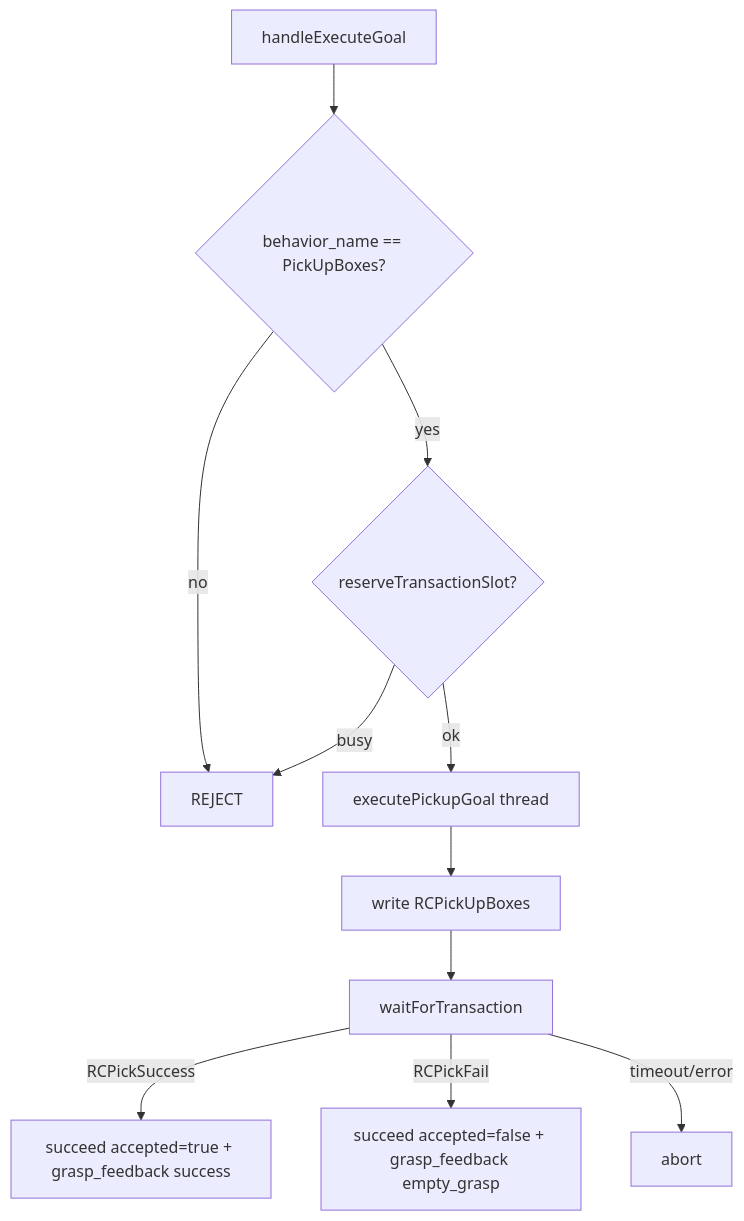
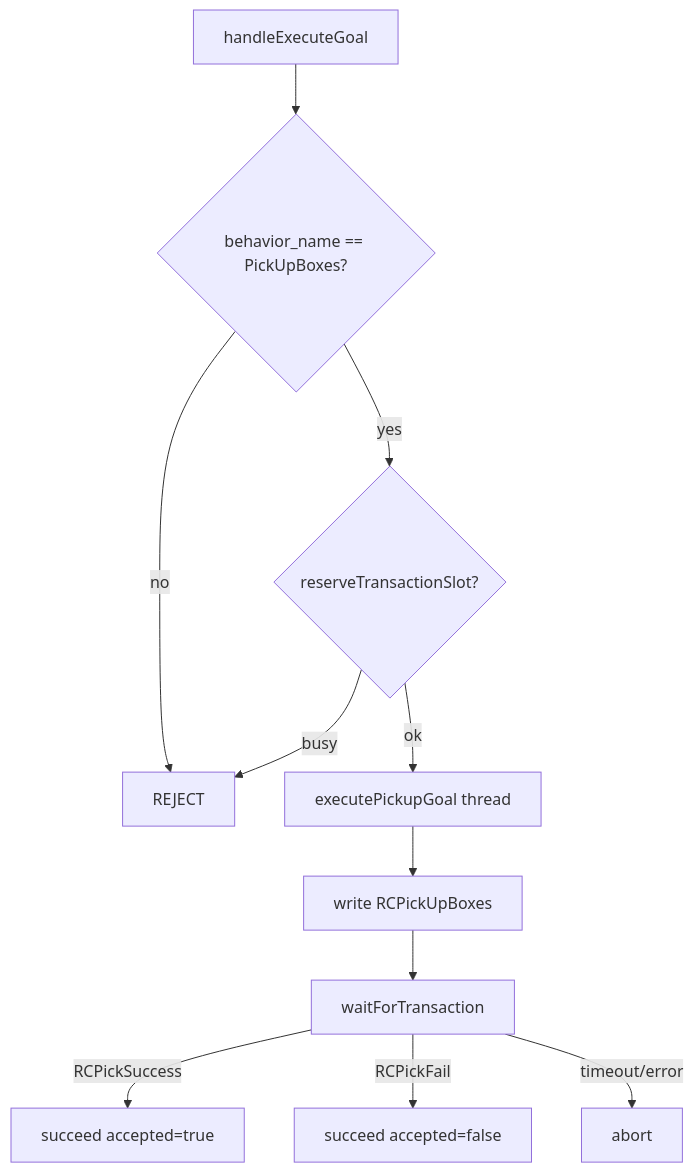
Before and after one commit to Phoenix-064/Dog: the third of 5 diagrams in docs/dog-serial-bridge-ai-reference.md, drawn with Mermaid. The commit also changed other lines of this file and 44 other files, not shown here.

````diff
--- a/docs/dog-serial-bridge-ai-reference.md
+++ b/docs/dog-serial-bridge-ai-reference.md
@@ -406,13 +393,13 @@
 ```mermaid
 flowchart TD
   A[handleExecuteGoal] --> B{behavior_name == PickUpBoxes?}
   B -->|no| C[REJECT]
   B -->|yes| D{reserveTransactionSlot?}
   D -->|busy| C
   D -->|ok| E[executePickupGoal thread]
   E --> F[write RCPickUpBoxes]
   F --> G[waitForTransaction]
-  G -->|RCPickSuccess| H[succeed accepted=true + grasp_feedback success]
-  G -->|RCPickFail| I[succeed accepted=false + grasp_feedback empty_grasp]
+  G -->|RCPickSuccess| H[succeed accepted=true]
+  G -->|RCPickFail| I[succeed accepted=false]
   G -->|timeout/error| J[abort]
 ```
````
